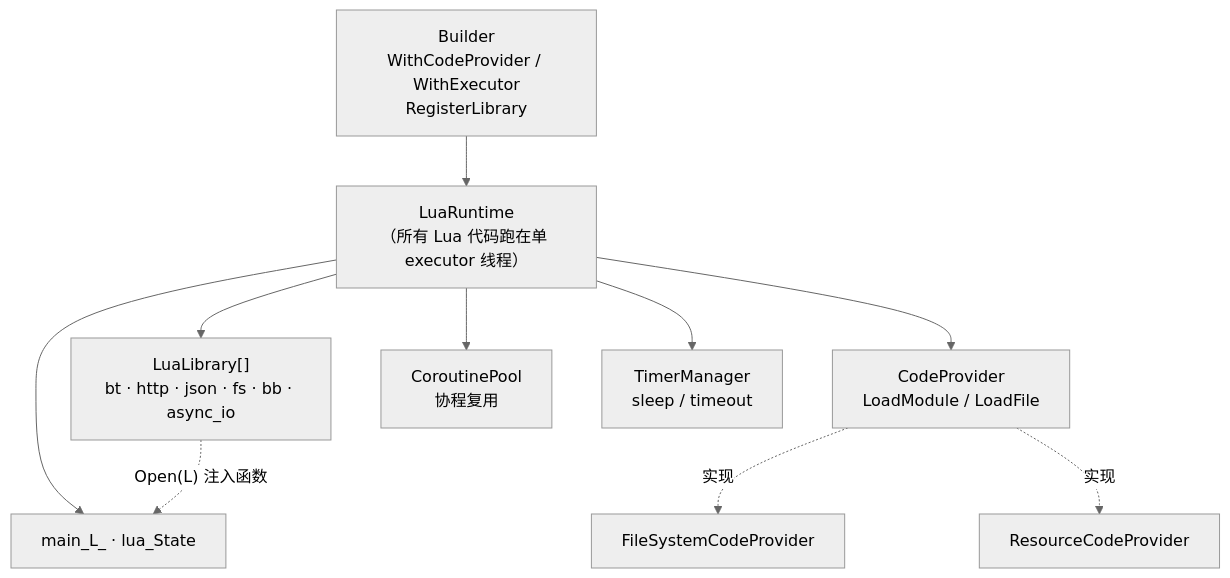
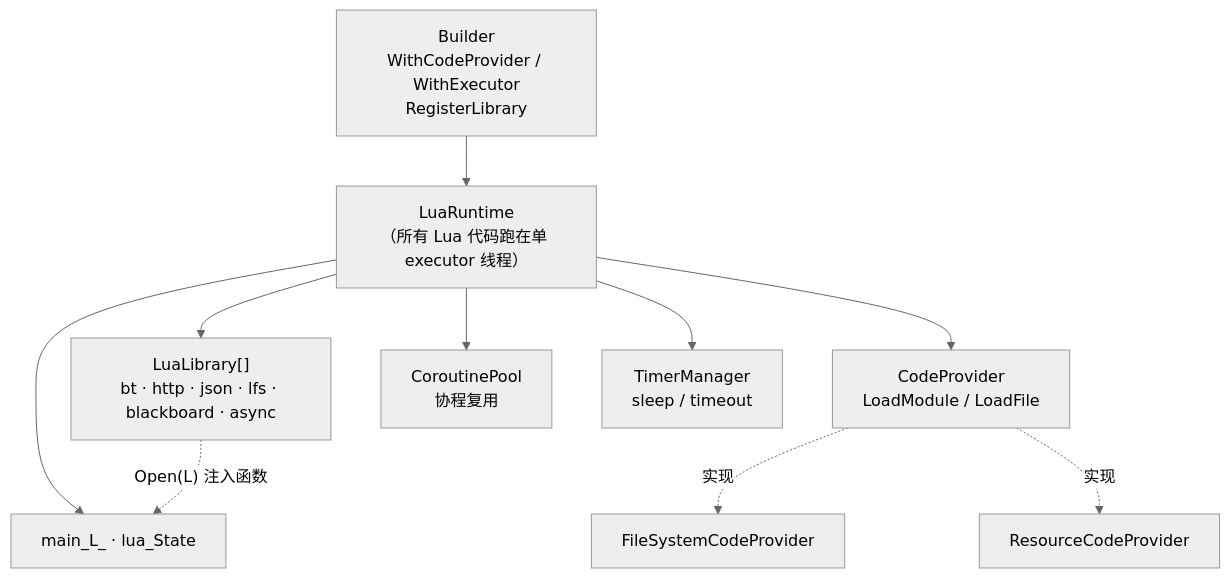
Before and after one commit to lizhizhuanshu/bernardx: the first of 3 diagrams in docs/architecture.md, drawn with Mermaid (neutral theme). The commit also changed 8 other files, not shown here.

````diff
--- a/docs/architecture.md
+++ b/docs/architecture.md
@@ -9,14 +9,14 @@
 ```mermaid
 flowchart TB
     Builder["Builder<br/>WithCodeProvider / WithExecutor<br/>RegisterLibrary"]
     Builder --> RT
     RT["LuaRuntime<br/>（所有 Lua 代码跑在单 executor 线程）"]
     RT --> ML["main_L_ · lua_State"]
     RT --> CP["CodeProvider<br/>LoadModule / LoadFile"]
-    RT --> LIB["LuaLibrary[]<br/>bt · http · json · fs · bb · async_io"]
+    RT --> LIB["LuaLibrary[]<br/>bt · http · json · lfs · blackboard · async"]
     RT --> CO["CoroutinePool<br/>协程复用"]
     RT --> TM["TimerManager<br/>sleep / timeout"]
     CP -. "实现" .-> FS["FileSystemCodeProvider"]
     CP -. "实现" .-> RC["ResourceCodeProvider"]
     LIB -. "Open(L) 注入函数" .-> ML
 ```
````
